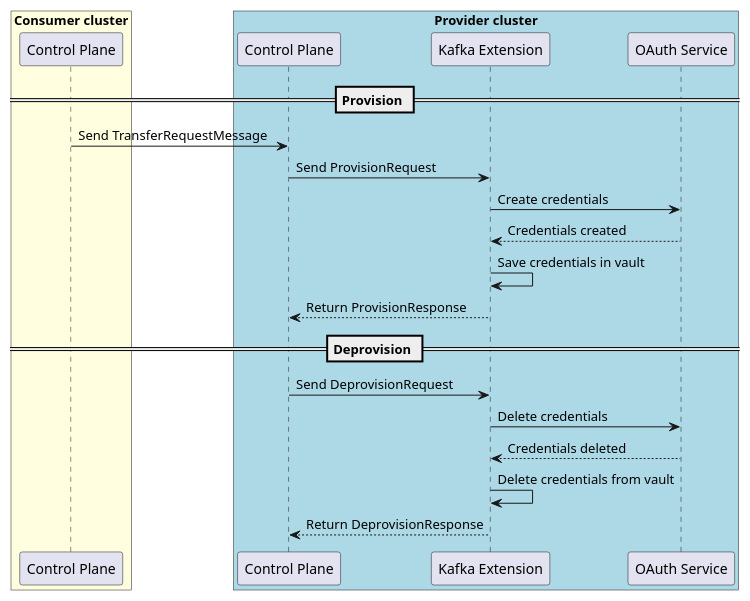
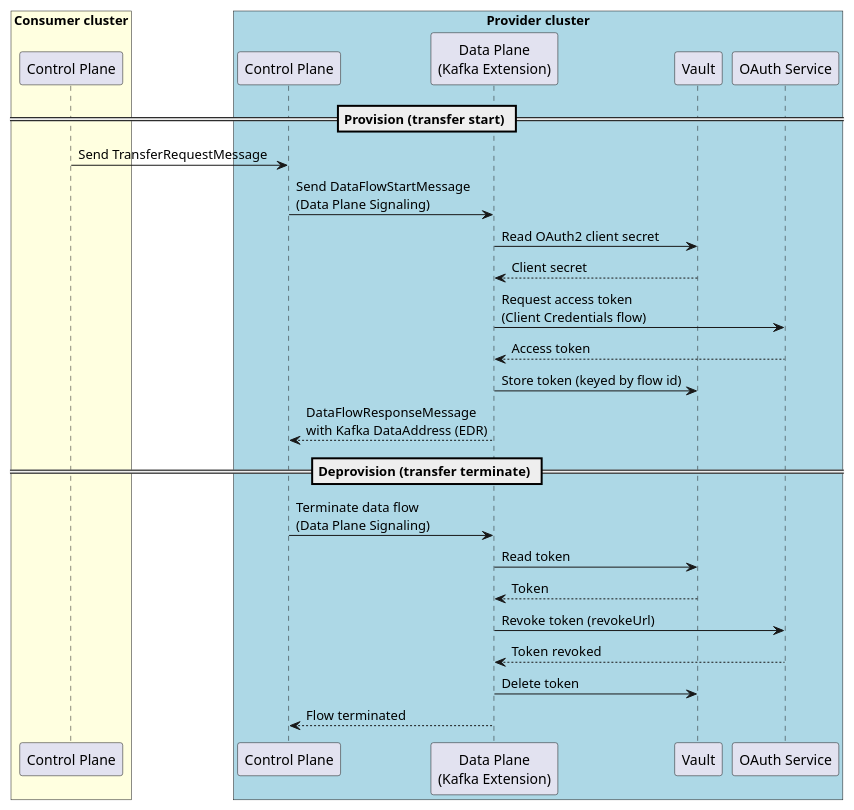
One commit to ds-jhartmann/tractusx-edc changed the diagram in docs/development/kafka-streaming/diagrams/Sequence diagram EDC Kafka Extension provisioning-deprovisioning.puml. Above: the diagram before and after it, drawn with PlantUML. The commit also changed 11 other files, not shown here.

Commit message:
docs(kafka): align docs with data-plane lifecycle and wiring

```diff
--- a/docs/development/kafka-streaming/diagrams/Sequence diagram EDC Kafka Extension provisioning-deprovisioning.puml
+++ b/docs/development/kafka-streaming/diagrams/Sequence diagram EDC Kafka Extension provisioning-deprovisioning.puml
@@ -1,30 +1,35 @@
 @startuml
 /'
 SPDX-License-Identifier: CC-BY-4.0
 SPDX-FileCopyrightText: (c) 2026 Contributors to the Eclipse Foundation
 '/
 box "Consumer cluster" #LightYellow
     participant "Control Plane" as ConsumerCP
 end box
 
 box "Provider cluster" #LightBlue
     participant "Control Plane"  as ProviderCP
-    participant "Kafka Extension" as ProviderKE
+    participant "Data Plane\n(Kafka Extension)" as ProviderDP
+    participant "Vault" as Vault
     participant "OAuth Service" as OAuth2
 end box
 
-== Provision ==
+== Provision (transfer start) ==
 ConsumerCP -> ProviderCP : Send TransferRequestMessage
-ProviderCP -> ProviderKE : Send ProvisionRequest
-ProviderKE -> OAuth2 : Create credentials
-ProviderKE <-- OAuth2 : Credentials created
-ProviderKE -> ProviderKE : Save credentials in vault
-ProviderCP <-- ProviderKE : Return ProvisionResponse
+ProviderCP -> ProviderDP : Send DataFlowStartMessage\n(Data Plane Signaling)
+ProviderDP -> Vault : Read OAuth2 client secret
+ProviderDP <-- Vault : Client secret
+ProviderDP -> OAuth2 : Request access token\n(Client Credentials flow)
+ProviderDP <-- OAuth2 : Access token
+ProviderDP -> Vault : Store token (keyed by flow id)
+ProviderCP <-- ProviderDP : DataFlowResponseMessage\nwith Kafka DataAddress (EDR)
 
-== Deprovision ==
-ProviderCP -> ProviderKE : Send DeprovisionRequest
-ProviderKE -> OAuth2 : Delete credentials
-ProviderKE <-- OAuth2 : Credentials deleted
-ProviderKE -> ProviderKE : Delete credentials from vault
-ProviderCP <-- ProviderKE : Return DeprovisionResponse
+== Deprovision (transfer terminate) ==
+ProviderCP -> ProviderDP : Terminate data flow\n(Data Plane Signaling)
+ProviderDP -> Vault : Read token
+ProviderDP <-- Vault : Token
+ProviderDP -> OAuth2 : Revoke token (revokeUrl)
+ProviderDP <-- OAuth2 : Token revoked
+ProviderDP -> Vault : Delete token
+ProviderCP <-- ProviderDP : Flow terminated
 @enduml
```
